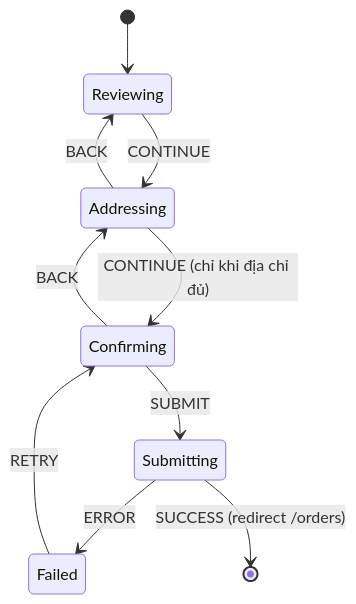
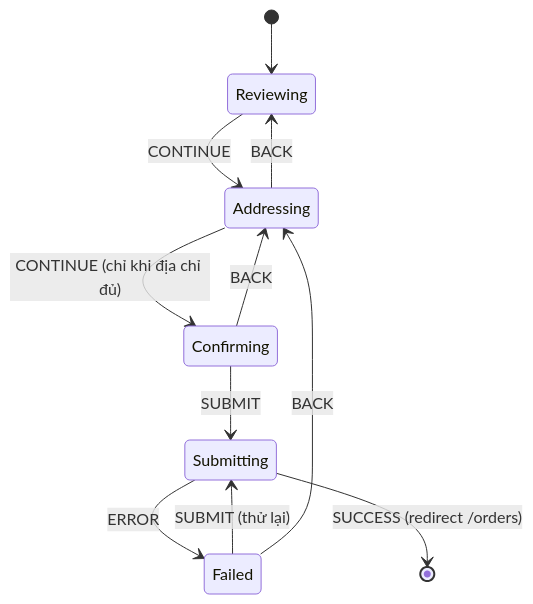
Before and after one commit to dangsangn/Ecommerce-Nextjs: the diagram in docs/react-nextjs/18-custom-hooks-va-state-machines.md, drawn with Mermaid. The commit also changed other lines of this file and 51 other files, not shown here.

````diff
--- a/docs/react-nextjs/18-custom-hooks-va-state-machines.md
+++ b/docs/react-nextjs/18-custom-hooks-va-state-machines.md
@@ -467,12 +357,13 @@
 ```mermaid
 stateDiagram-v2
     [*] --> Reviewing
     Reviewing --> Addressing: CONTINUE
     Addressing --> Reviewing: BACK
     Addressing --> Confirming: CONTINUE (chỉ khi địa chỉ đủ)
     Confirming --> Addressing: BACK
     Confirming --> Submitting: SUBMIT
     Submitting --> Failed: ERROR
     Submitting --> [*]: SUCCESS (redirect /orders)
-    Failed --> Confirming: RETRY
+    Failed --> Submitting: SUBMIT (thử lại)
+    Failed --> Addressing: BACK
 ```
````
